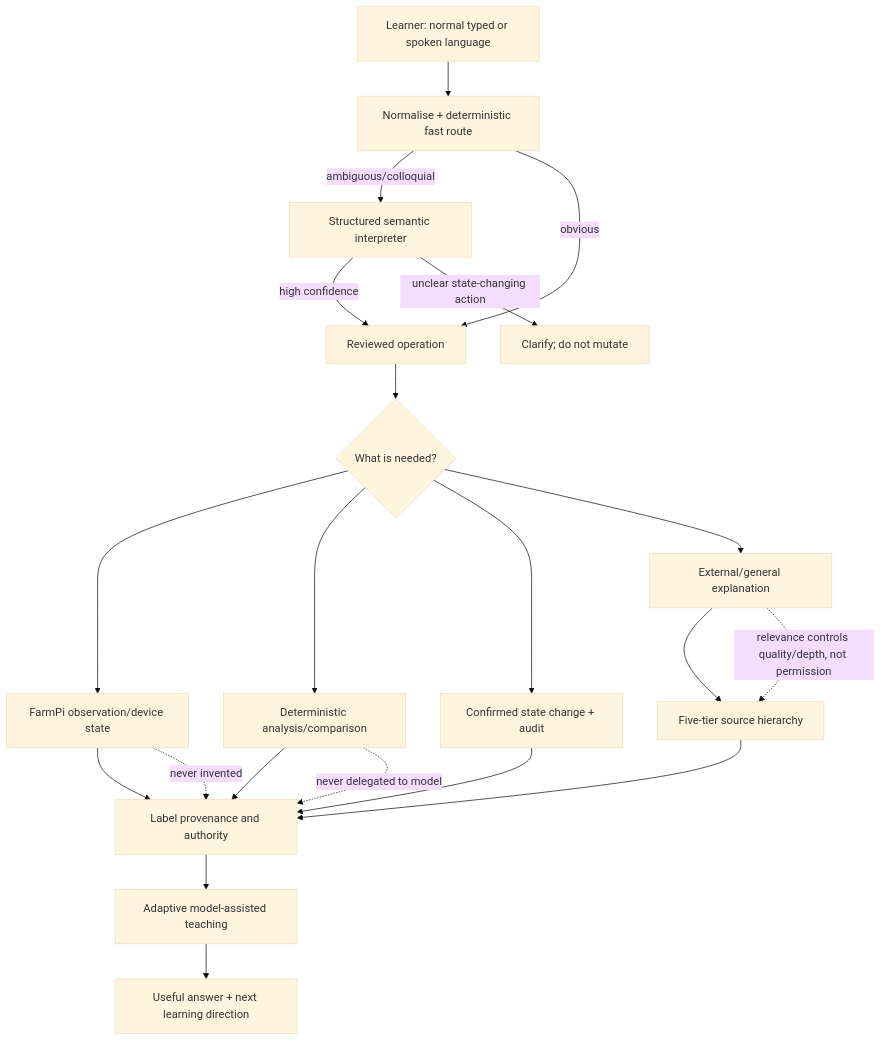
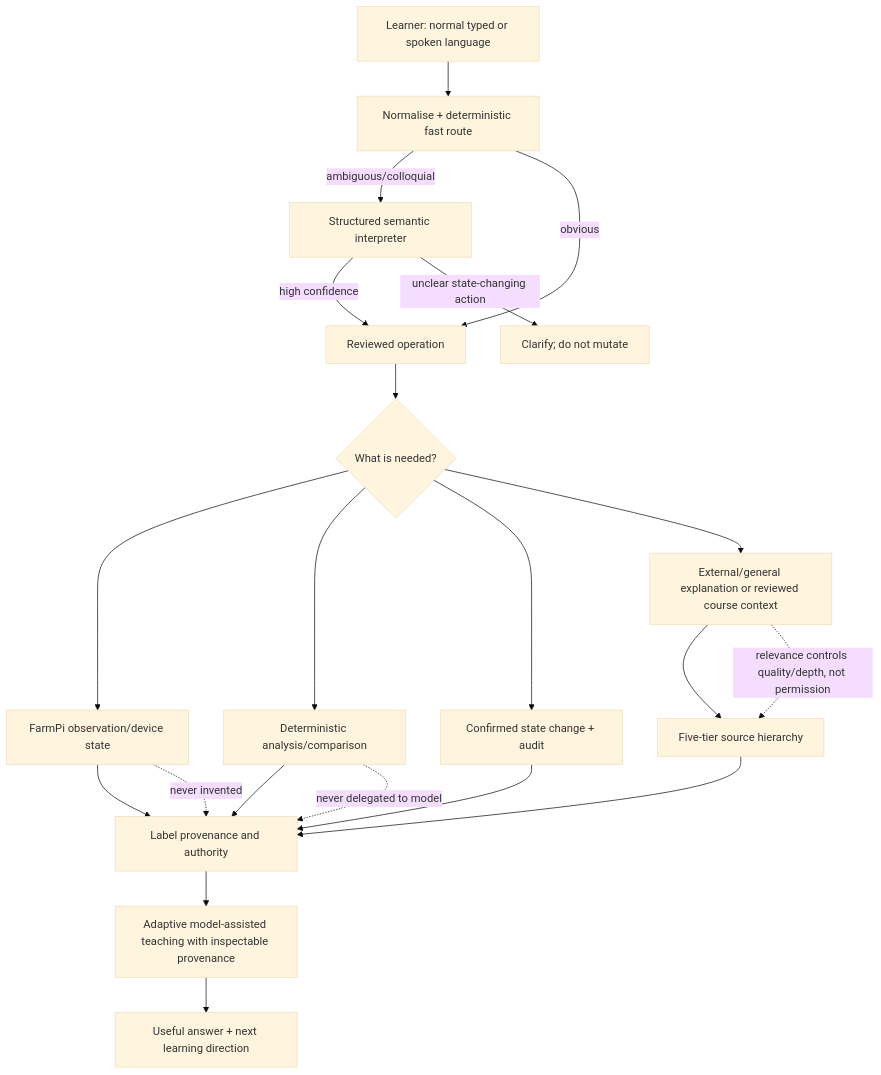
Before and after one commit to w0rmy/farmpi: the diagram in docs/diagrams/open-learning-architecture.mmd, drawn with Mermaid (base theme). The commit also changed 14 other files, not shown here.

```diff
--- a/docs/diagrams/open-learning-architecture.mmd
+++ b/docs/diagrams/open-learning-architecture.mmd
@@ -1,21 +1,21 @@
 flowchart TD
   U[Learner: normal typed or spoken language] --> R[Normalise + deterministic fast route]
   R -->|ambiguous/colloquial| I[Structured semantic interpreter]
   R -->|obvious| W[Reviewed operation]
   I -->|high confidence| W
   I -->|unclear state-changing action| C[Clarify; do not mutate]
   W --> Q{What is needed?}
   Q --> O[FarmPi observation/device state]
   Q --> A[Deterministic analysis/comparison]
   Q --> M[Confirmed state change + audit]
-  Q --> E[External/general explanation]
+  Q --> E[External/general explanation or reviewed course context]
   O --> P[Label provenance and authority]
   A --> P
   M --> P
   E --> H[Five-tier source hierarchy]
   H --> P
-  P --> L[Adaptive model-assisted teaching]
+  P --> L[Adaptive model-assisted teaching with inspectable provenance]
   L --> X[Useful answer + next learning direction]
   O -. never invented .-> P
   A -. never delegated to model .-> P
   E -. relevance controls quality/depth, not permission .-> H
```
